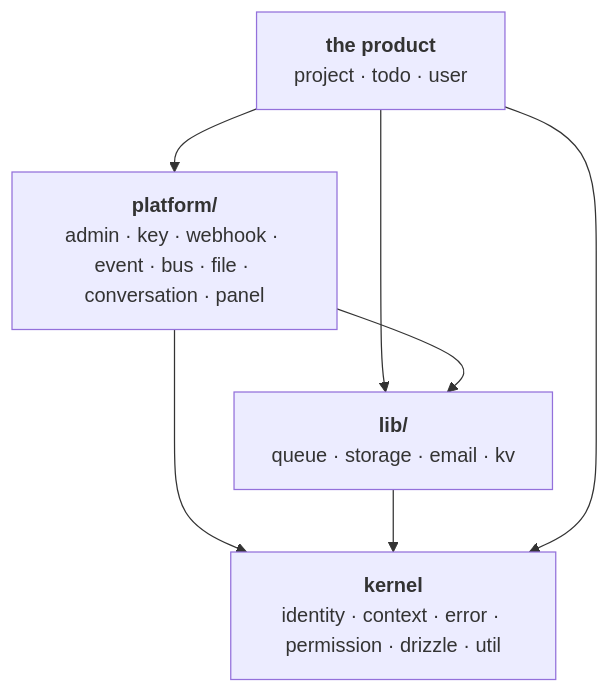
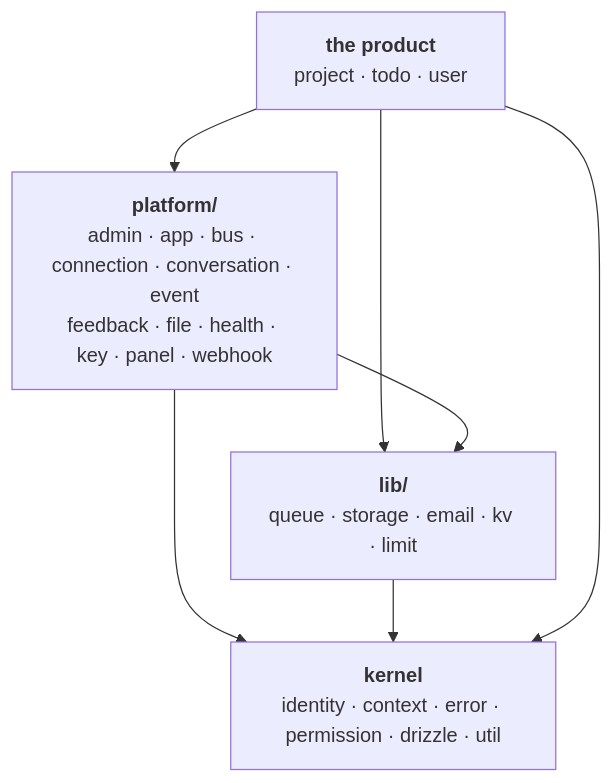
The diagram in docs/core.md (andre-brandao/template), drawn with Mermaid before and after one commit. The commit also changed other lines of this file and 13 other files, not shown here.

````diff
--- a/docs/core.md
+++ b/docs/core.md
@@ -6,14 +6,14 @@
 ```mermaid
 graph TD
   domain["<b>the product</b><br/>project · todo · user"]
-  platform["<b>platform/</b><br/>admin · key · webhook · event · bus · file · conversation · panel"]
-  lib["<b>lib/</b><br/>queue · storage · email · kv"]
+  platform["<b>platform/</b><br/>admin · app · bus · connection · conversation · event<br/>feedback · file · health · key · panel · webhook"]
+  lib["<b>lib/</b><br/>queue · storage · email · kv · limit"]
   kernel["<b>kernel</b><br/>identity · context · error · permission · drizzle · util"]
 
   domain --> platform
   domain --> lib
   platform --> lib
   platform --> kernel
   lib --> kernel
   domain --> kernel
 ```
````
